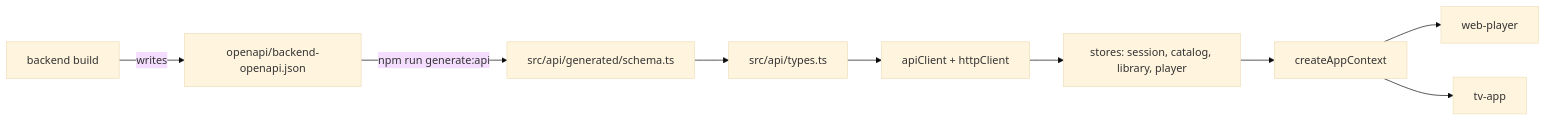
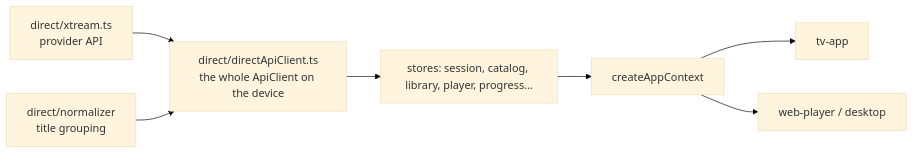
One commit to brunoccst/iptv-player changed the diagram in packages/shared/README.md. Above: the diagram before and after it, drawn with Mermaid (base theme). The commit also changed other lines of this file and 313 other files, not shown here.

````diff
--- a/packages/shared/README.md
+++ b/packages/shared/README.md
@@ -5,11 +6,9 @@
 ```mermaid
 flowchart LR
-  BE[backend build] -->|writes| OA[openapi/backend-openapi.json]
-  OA -->|npm run generate:api| GEN[src/api/generated/schema.ts]
-  GEN --> TYPES[src/api/types.ts]
-  TYPES --> CLIENT[apiClient + httpClient]
-  CLIENT --> STORES[stores: session, catalog, library, player]
+  XT[direct/xtream.ts<br/>provider API] --> DIRECT[direct/directApiClient.ts<br/>the whole ApiClient on the device]
+  NORM[direct/normalizer<br/>title grouping] --> DIRECT
+  DIRECT --> STORES[stores: session, catalog, library, player, progress…]
   STORES --> CTX[createAppContext]
-  CTX --> WEB[web-player]
   CTX --> TV[tv-app]
+  CTX --> WEB[web-player / desktop]
 ```
````
